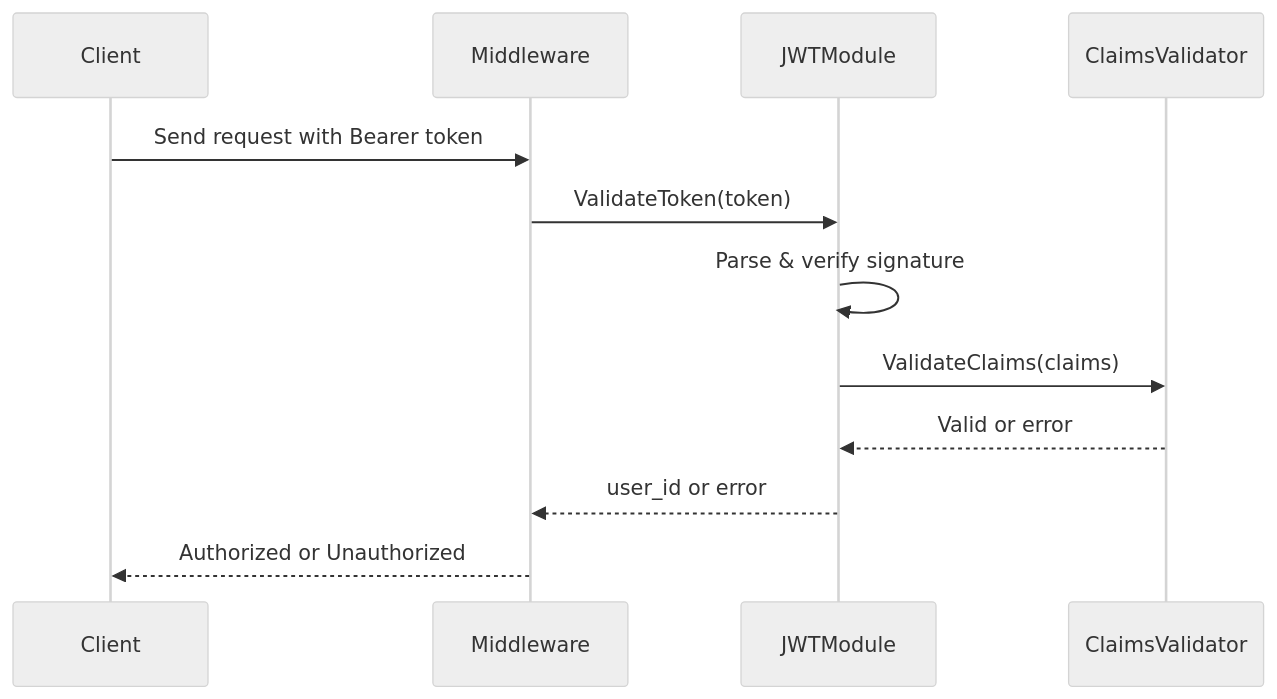
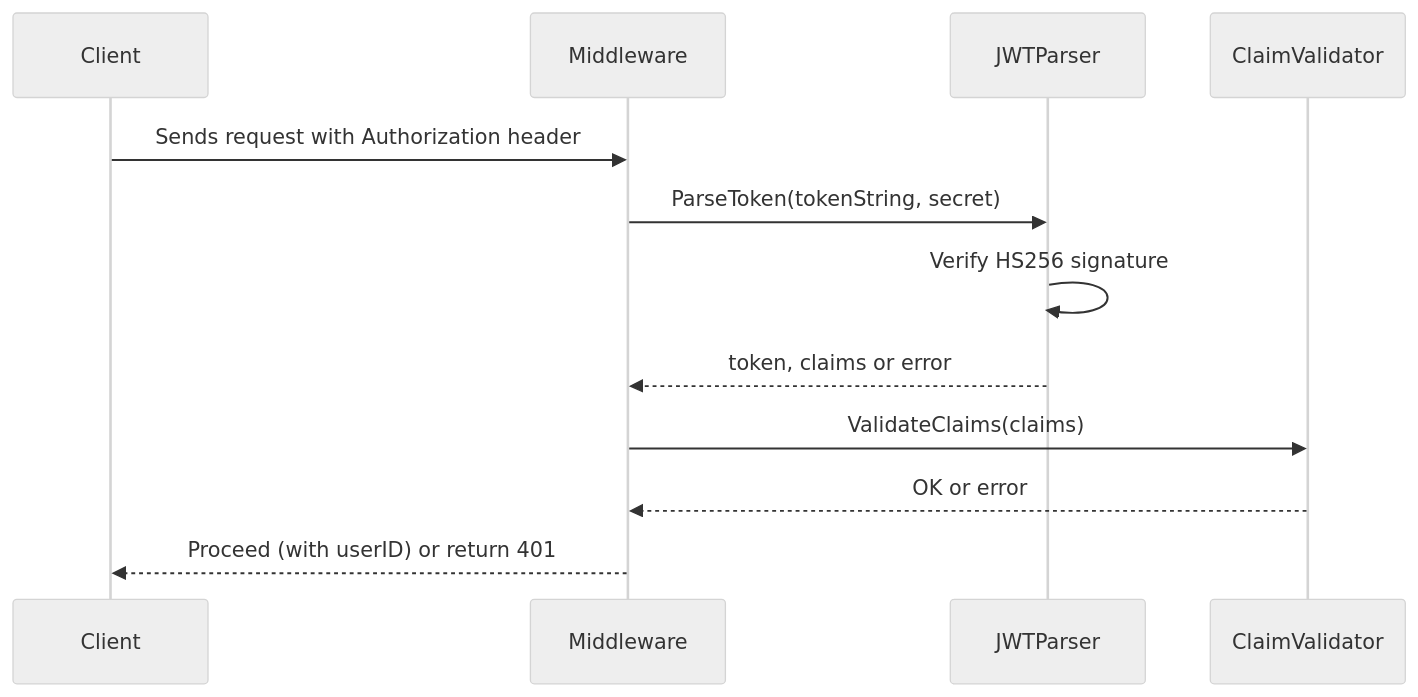
The first of 2 diagrams in backend/internal/middlewares/jwt/readme.md (SobhanYasami/PayStruct), drawn with Mermaid (neutral theme) before and after one commit. The commit also changed other lines of this file and 6 other files, not shown here.

Commit message:
user models updated to be compatable with authorization features

````diff
--- a/backend/internal/middlewares/jwt/readme.md
+++ b/backend/internal/middlewares/jwt/readme.md
@@ -47,15 +75,17 @@
 ```mermaid
 sequenceDiagram
     participant Client
     participant Middleware
-    participant JWTModule
-    participant ClaimsValidator
+    participant JWTParser
+    participant ClaimValidator
 
-    Client->>Middleware: Send request with Bearer token
-    Middleware->>JWTModule: ValidateToken(token)
-    JWTModule->>JWTModule: Parse & verify signature
-    JWTModule->>ClaimsValidator: ValidateClaims(claims)
-    ClaimsValidator-->>JWTModule: Valid or error
-    JWTModule-->>Middleware: user_id or error
-    Middleware-->>Client: Authorized or Unauthorized
+    Client->>Middleware: Sends request with Authorization header
+    Middleware->>JWTParser: ParseToken(tokenString, secret)
+    JWTParser->>JWTParser: Verify HS256 signature
+    JWTParser-->>Middleware: token, claims or error
+
+    Middleware->>ClaimValidator: ValidateClaims(claims)
+    ClaimValidator-->>Middleware: OK or error
+
+    Middleware-->>Client: Proceed (with userID) or return 401
 ```
````
